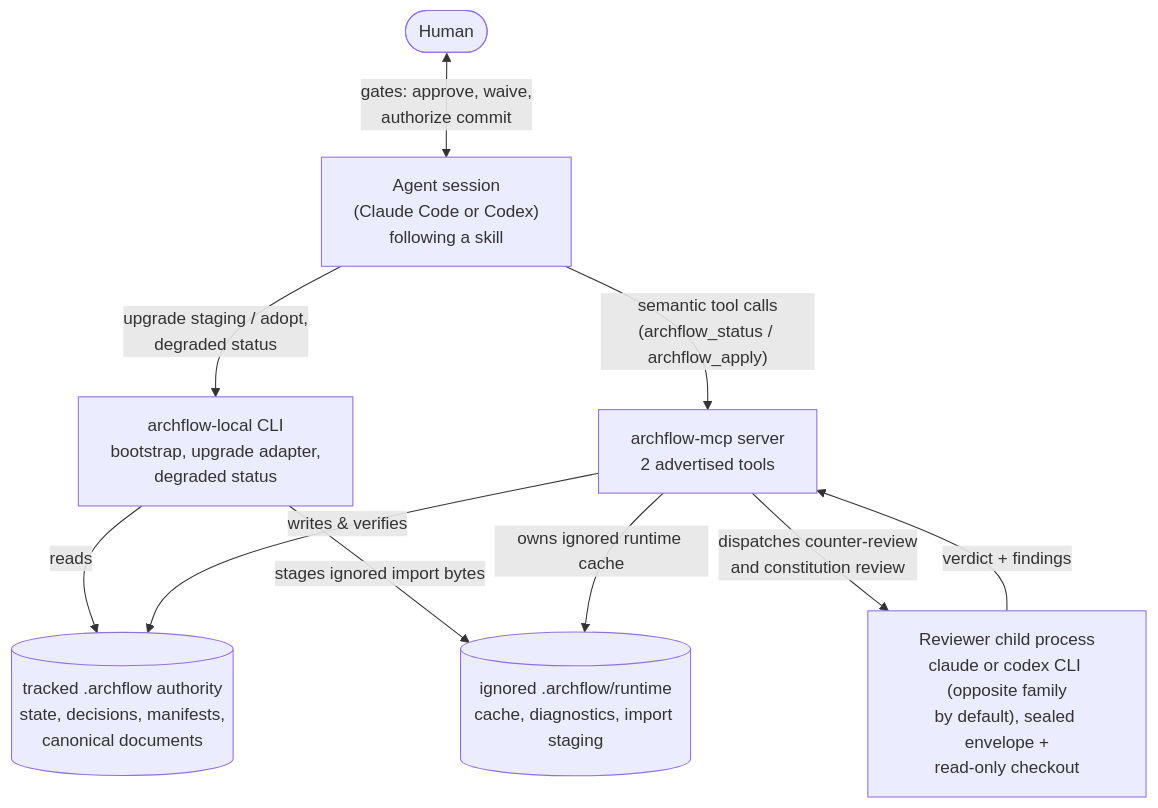
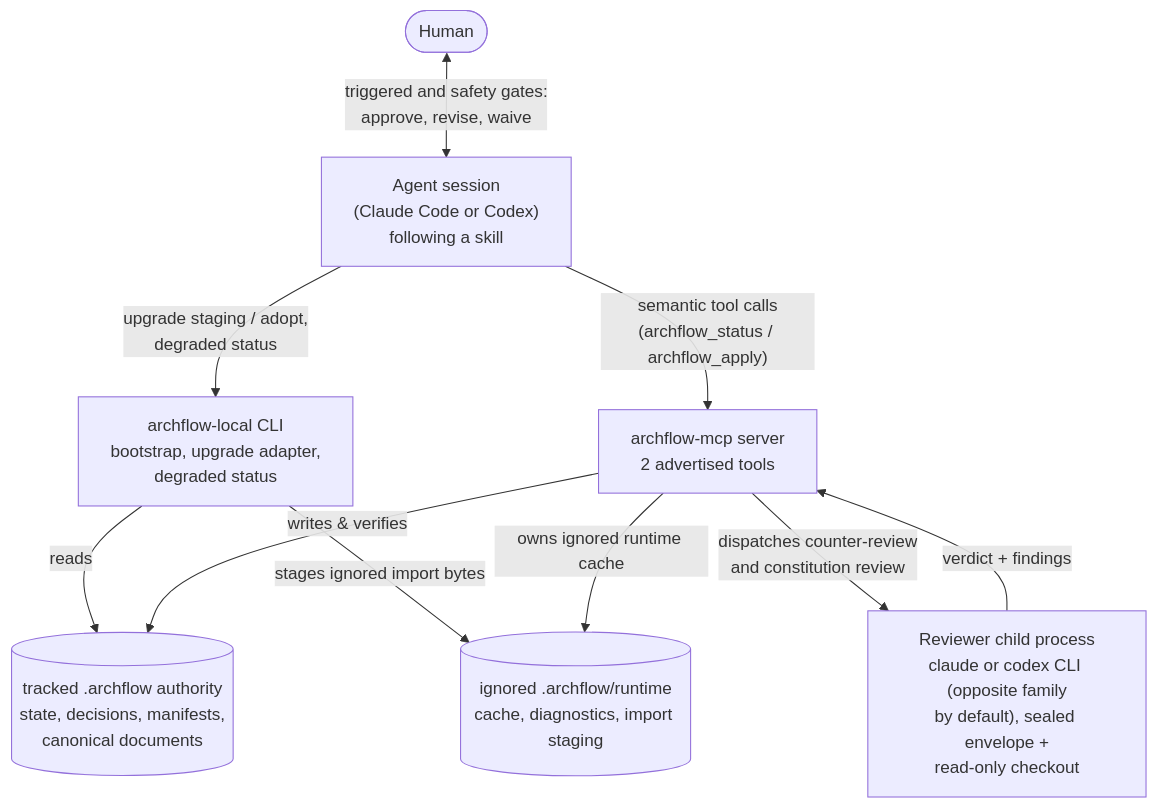
Before and after one commit to Aroton/ArchflowV2: the first of 2 diagrams in docs/OVERVIEW.md, drawn with Mermaid. The commit also changed other lines of this file and 136 other files, not shown here.

````diff
--- a/docs/OVERVIEW.md
+++ b/docs/OVERVIEW.md
@@ -25,20 +25,20 @@
 ```mermaid
 flowchart TB
     Human([Human])
     Agent["Agent session<br/>(Claude Code or Codex)<br/>following a skill"]
     Local["archflow-local CLI<br/>bootstrap, upgrade adapter,<br/>degraded status"]
     MCP["archflow-mcp server<br/>2 advertised tools"]
     State[("tracked .archflow authority<br/>state, decisions, manifests,<br/>canonical documents")]
     Work[("ignored .archflow/runtime<br/>cache, diagnostics, import staging")]
     Child["Reviewer child process<br/>claude or codex CLI (opposite family<br/>by default), sealed envelope +<br/>read-only checkout"]
 
-    Human <-->|"gates: approve, waive,<br/>authorize commit"| Agent
+    Human <-->|"triggered and safety gates:<br/>approve, revise, waive"| Agent
     Agent -->|"upgrade staging / adopt,<br/>degraded status"| Local
     Local -->|"reads"| State
     Local -->|"stages ignored import bytes"| Work
     Agent -->|"semantic tool calls<br/>(archflow_status / archflow_apply)"| MCP
     MCP -->|"writes & verifies"| State
     MCP -->|"owns ignored runtime cache"| Work
     MCP -->|"dispatches counter-review<br/>and constitution review"| Child
     Child -->|"verdict + findings"| MCP
 ```
````
